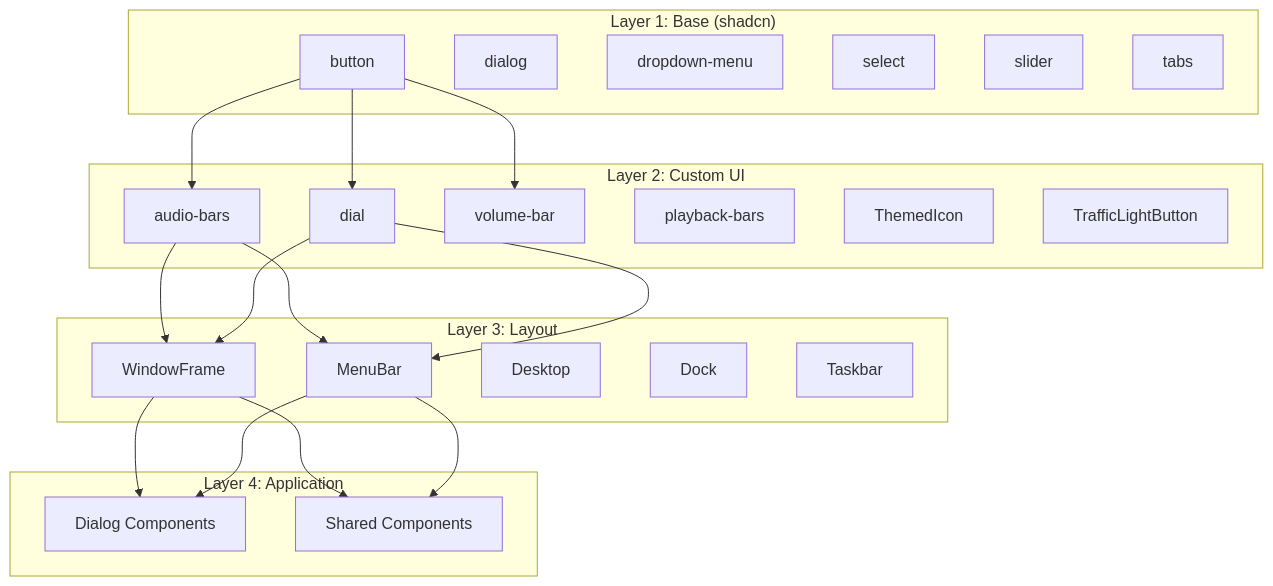
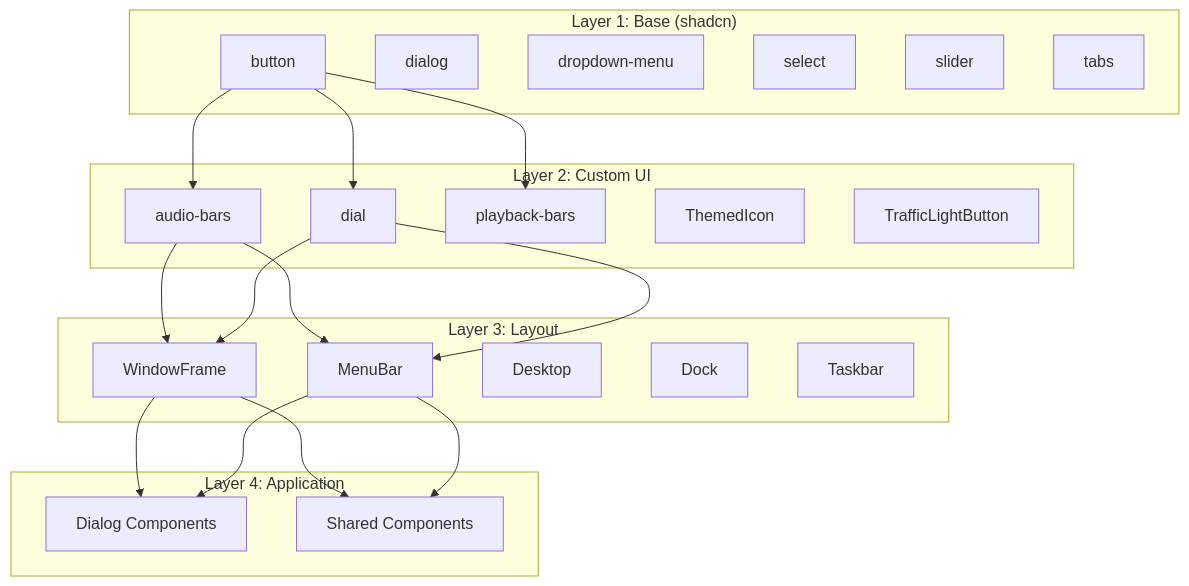
Before and after one commit to ryokun6/ryos: the first of 4 diagrams in docs/3.5-component-architecture.md, drawn with Mermaid. The commit also changed other lines of this file and 14 other files, not shown here.

````diff
--- a/docs/3.5-component-architecture.md
+++ b/docs/3.5-component-architecture.md
@@ -7,37 +7,36 @@
 ```mermaid
 graph TD
     subgraph Layer4["Layer 4: Application"]
         D1[Dialog Components]
         D2[Shared Components]
     end
     
     subgraph Layer3["Layer 3: Layout"]
         C1[WindowFrame]
         C2[MenuBar]
         C3[Desktop]
         C4[Dock]
         C5[Taskbar]
     end
     
     subgraph Layer2["Layer 2: Custom UI"]
         B1[audio-bars]
         B2[dial]
-        B3[volume-bar]
-        B4[playback-bars]
-        B5[ThemedIcon]
-        B6[TrafficLightButton]
+        B3[playback-bars]
+        B4[ThemedIcon]
+        B5[TrafficLightButton]
     end
     
     subgraph Layer1["Layer 1: Base (shadcn)"]
         A1[button]
         A2[dialog]
         A3[dropdown-menu]
         A4[select]
         A5[slider]
         A6[tabs]
     end
     
     A1 --> B1 & B2 & B3
     B1 & B2 --> C1 & C2
     C1 & C2 --> D1 & D2
 ```
````
